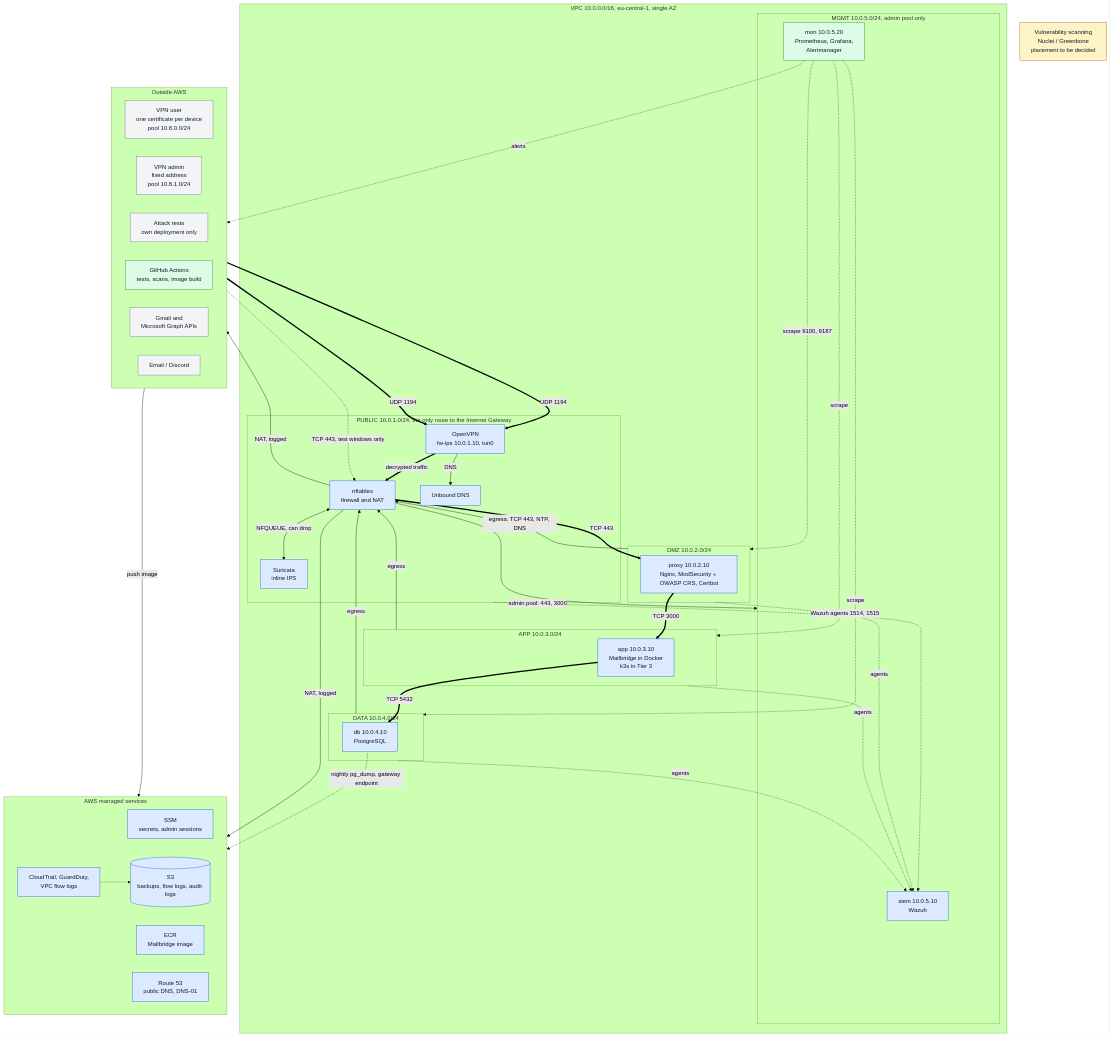
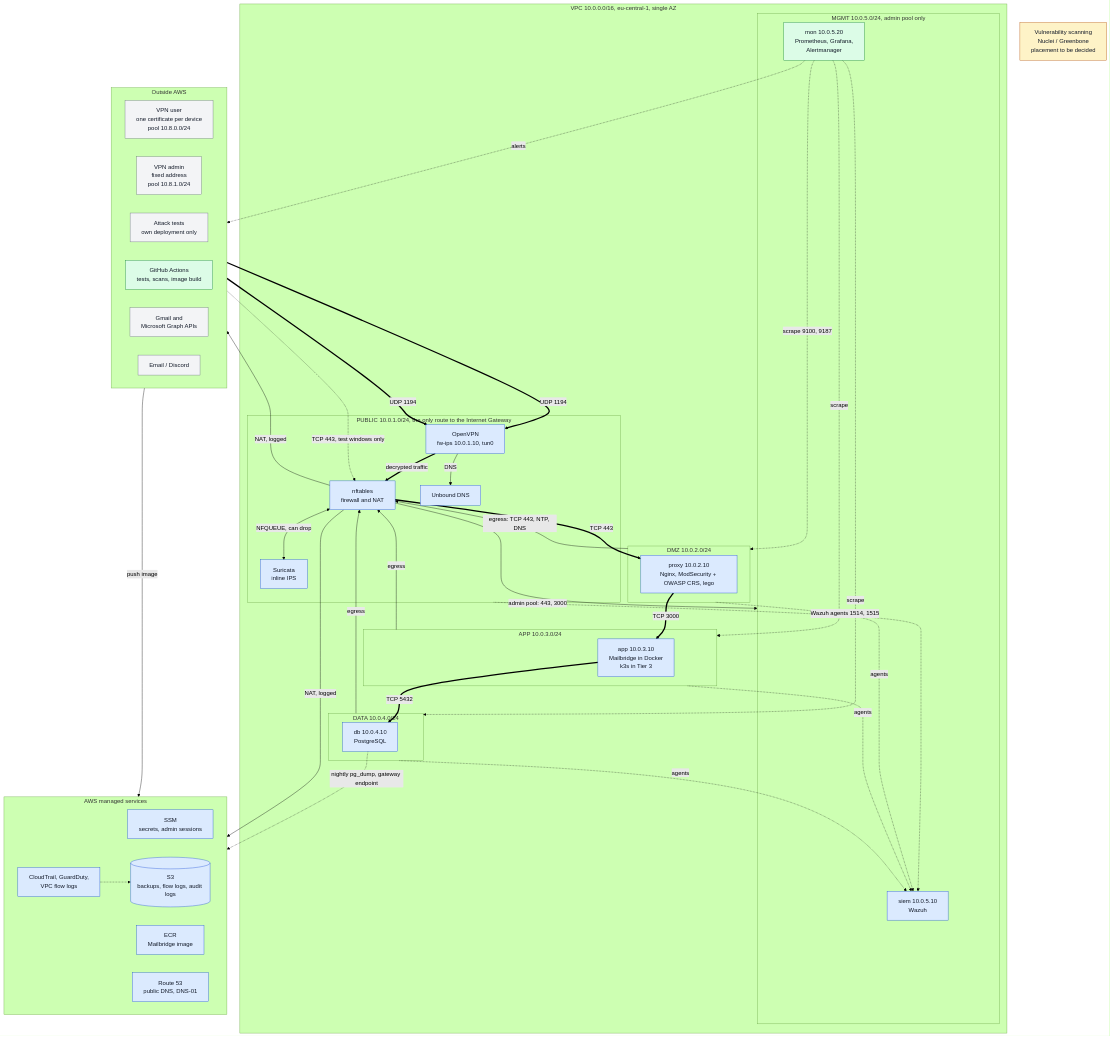
The third of 3 diagrams in README.md (marko-spasovski/secure-mailbridge-lab), drawn with Mermaid (forest theme) before and after one commit. The commit also changed other lines of this file and 5 other files, not shown here.

```diff
--- a/README.md
+++ b/README.md
@@ -203,7 +203,7 @@
             unbound["Unbound DNS"]
         end
         subgraph dmz["DMZ 10.0.2.0/24"]
-            proxy["proxy 10.0.2.10<br/>Nginx, ModSecurity + OWASP CRS, Certbot"]
+            proxy["proxy 10.0.2.10<br/>Nginx, ModSecurity + OWASP CRS, lego"]
         end
         subgraph apptier["APP 10.0.3.0/24"]
             app["app 10.0.3.10<br/>Mailbridge in Docker<br/>k3s in Tier 3"]
```
